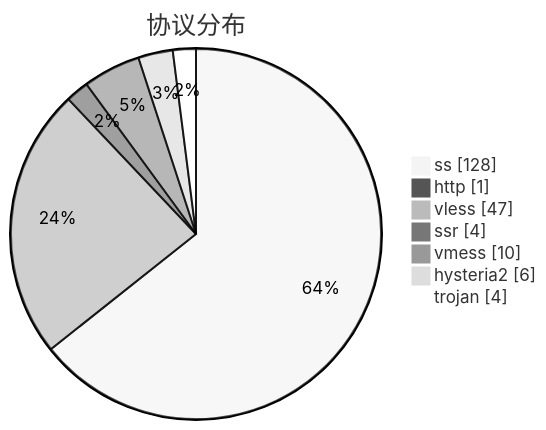
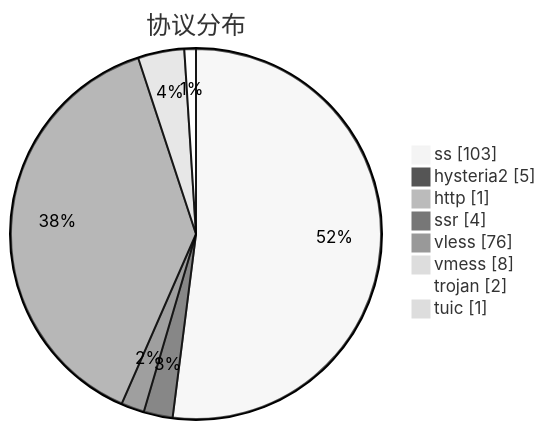
Before and after one commit to qjlxg/airport: the third of 3 diagrams in subs/statistics/tested_within.md, drawn with Mermaid (neutral theme). The commit also changed other lines of this file and 2 other files, not shown here.

````diff
--- a/subs/statistics/tested_within.md
+++ b/subs/statistics/tested_within.md
@@ -27,11 +25,12 @@
 ```mermaid
 pie showData
 title 协议分布
-"ss" : 128
+"ss" : 103
+"hysteria2" : 5
 "http" : 1
-"vless" : 47
 "ssr" : 4
-"vmess" : 10
-"hysteria2" : 6
-"trojan" : 4
+"vless" : 76
+"vmess" : 8
+"trojan" : 2
+"tuic" : 1
 ```
````
